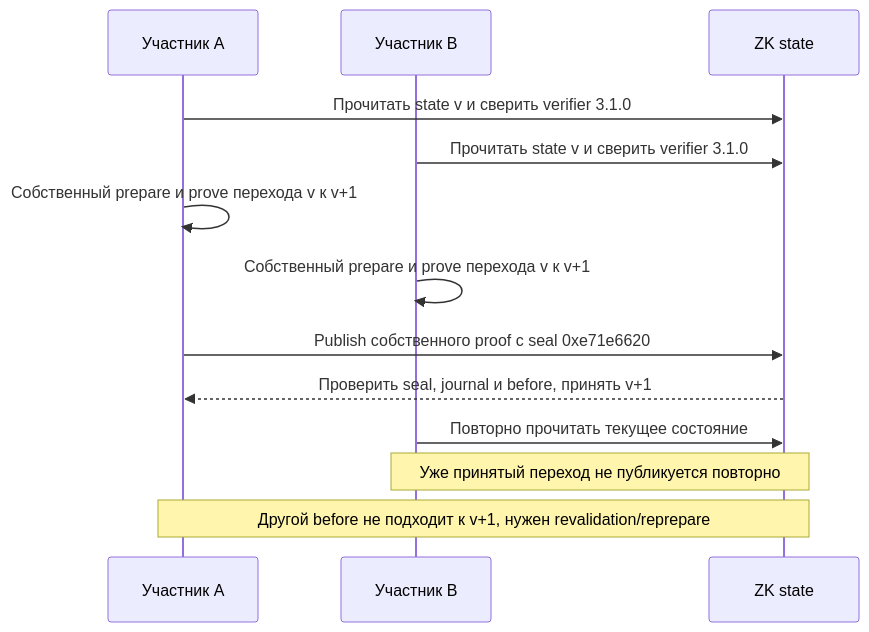
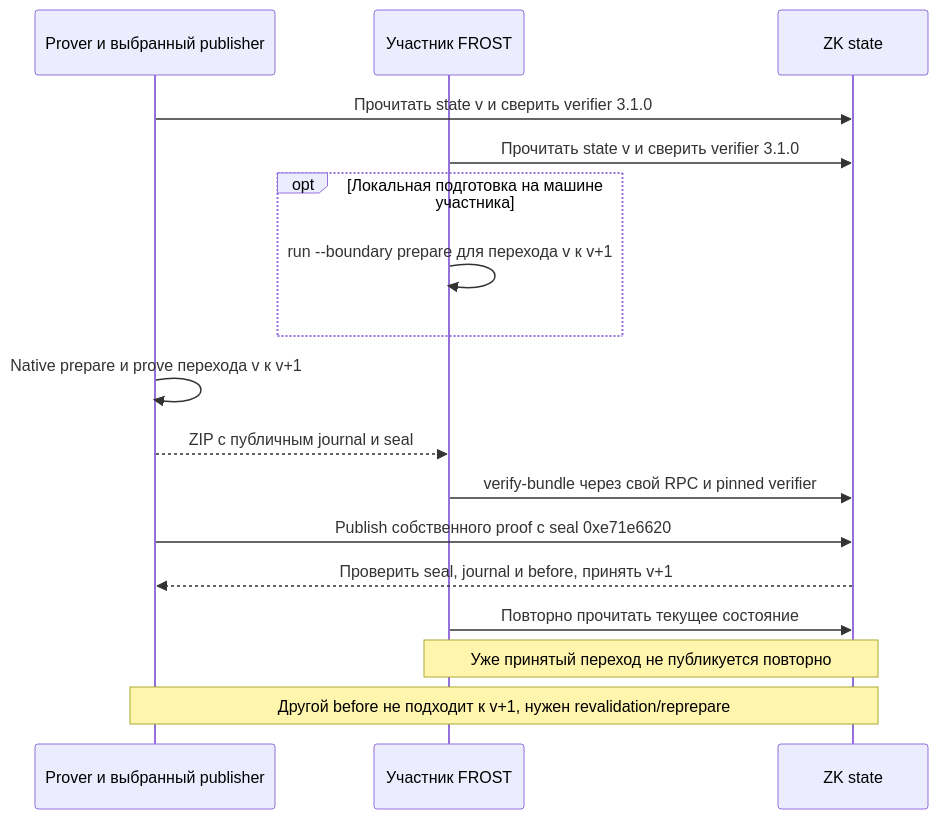
Before and after one commit to SergeyBelets/SatFiSetup: the third of 4 diagrams in docs/FROST_ZK_LIFECYCLE.md, drawn with Mermaid. The commit also changed other lines of this file and 3468 other files, not shown here.

````diff
--- a/docs/FROST_ZK_LIFECYCLE.md
+++ b/docs/FROST_ZK_LIFECYCLE.md
@@ -326,15 +330,19 @@
 ```mermaid
 sequenceDiagram
-    participant A as Участник A
-    participant B as Участник B
+    participant A as Prover и выбранный publisher
+    participant B as Участник FROST
     participant S as ZK state
     A->>S: Прочитать state v и сверить verifier 3.1.0
     B->>S: Прочитать state v и сверить verifier 3.1.0
-    A->>A: Собственный prepare и prove перехода v к v+1
-    B->>B: Собственный prepare и prove перехода v к v+1
+    opt Локальная подготовка на машине участника
+        B->>B: run --boundary prepare для перехода v к v+1
+    end
+    A->>A: Native prepare и prove перехода v к v+1
+    A-->>B: ZIP с публичным journal и seal
+    B->>S: verify-bundle через свой RPC и pinned verifier
     A->>S: Publish собственного proof с seal 0xe71e6620
     S-->>A: Проверить seal, journal и before, принять v+1
     B->>S: Повторно прочитать текущее состояние
     Note over B,S: Уже принятый переход не публикуется повторно
     Note over A,S: Другой before не подходит к v+1, нужен revalidation/reprepare
 ```
````
